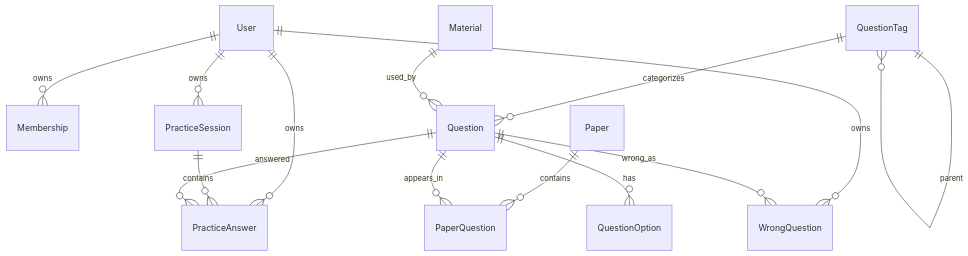
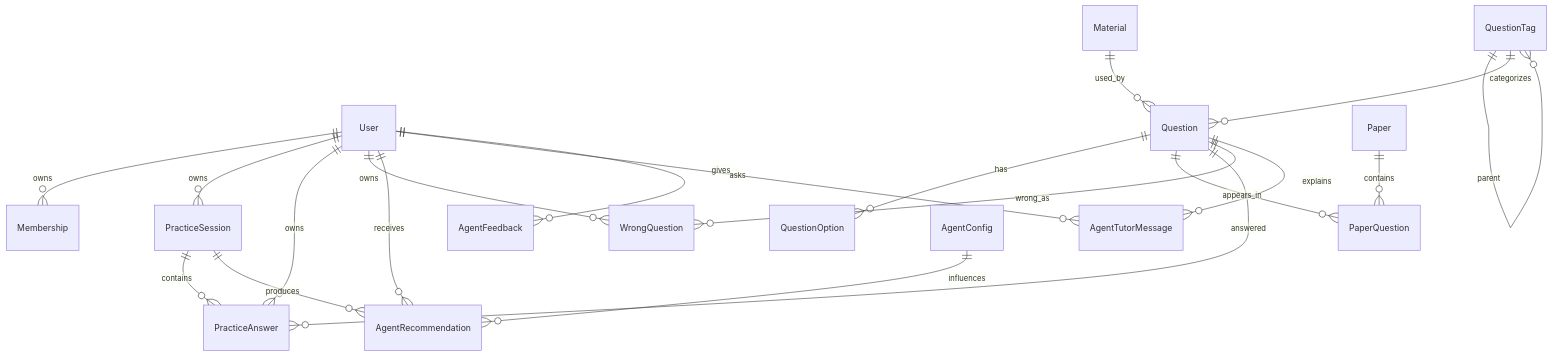
Before and after one commit to mpbfx/gongkao: the diagram in mpbkaogong/docs/product/saduck-database-design.md, drawn with Mermaid. The commit also changed other lines of this file and 3 other files, not shown here.

Commit message:
Document agent architecture and data contracts

````diff
--- a/mpbkaogong/docs/product/saduck-database-design.md
+++ b/mpbkaogong/docs/product/saduck-database-design.md
@@ -37,20 +39,27 @@
 ```mermaid
 erDiagram
   User ||--o{ Membership : owns
   User ||--o{ PracticeSession : owns
   User ||--o{ PracticeAnswer : owns
   User ||--o{ WrongQuestion : owns
 
   QuestionTag ||--o{ QuestionTag : parent
   QuestionTag ||--o{ Question : categorizes
 
   Material ||--o{ Question : used_by
   Question ||--o{ QuestionOption : has
 
   Paper ||--o{ PaperQuestion : contains
   Question ||--o{ PaperQuestion : appears_in
 
   PracticeSession ||--o{ PracticeAnswer : contains
   Question ||--o{ PracticeAnswer : answered
   Question ||--o{ WrongQuestion : wrong_as
+
+  User ||--o{ AgentRecommendation : receives
+  PracticeSession ||--o{ AgentRecommendation : produces
+  User ||--o{ AgentTutorMessage : asks
+  Question ||--o{ AgentTutorMessage : explains
+  User ||--o{ AgentFeedback : gives
+  AgentConfig ||--o{ AgentRecommendation : influences
 ```
````
